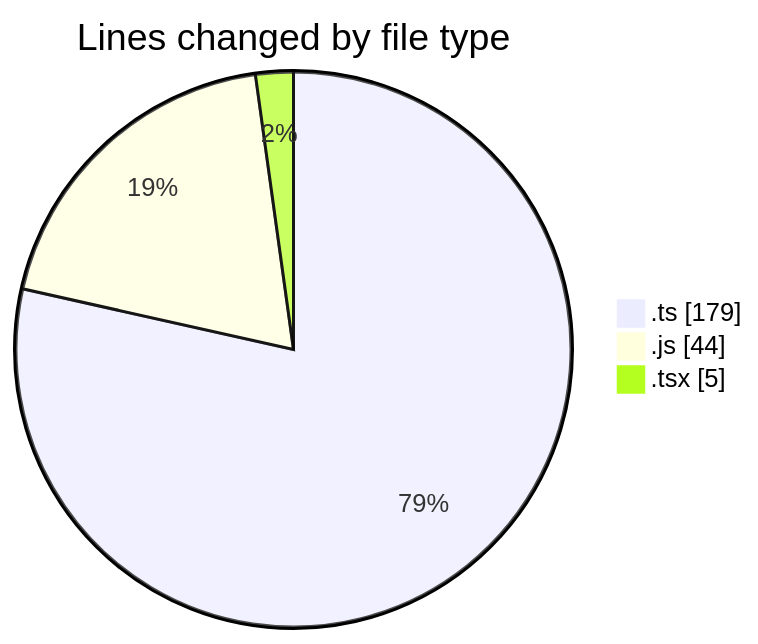
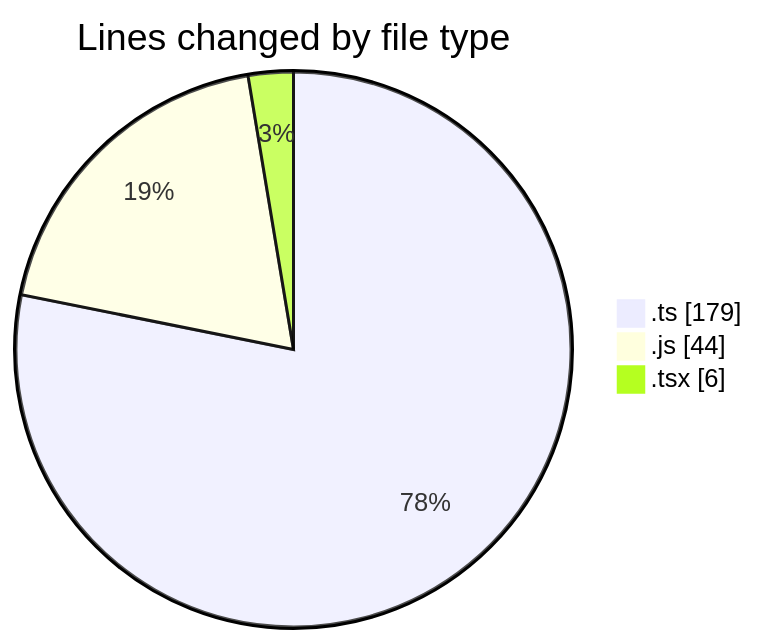
One commit to momahboobian/code-tracking changed the first of 2 diagrams in 2026-08-03/cda/README.md. Above: the diagram before and after it, drawn with Mermaid. The commit also changed other lines of this file and 1 other file, not shown here.

````diff
--- a/2026-08-03/cda/README.md
+++ b/2026-08-03/cda/README.md
@@ -27,7 +27,7 @@
 ```mermaid
 pie showData
 title Lines changed by file type
 ".ts" : 179
 ".js" : 44
-".tsx" : 5
+".tsx" : 6
 ```
````
